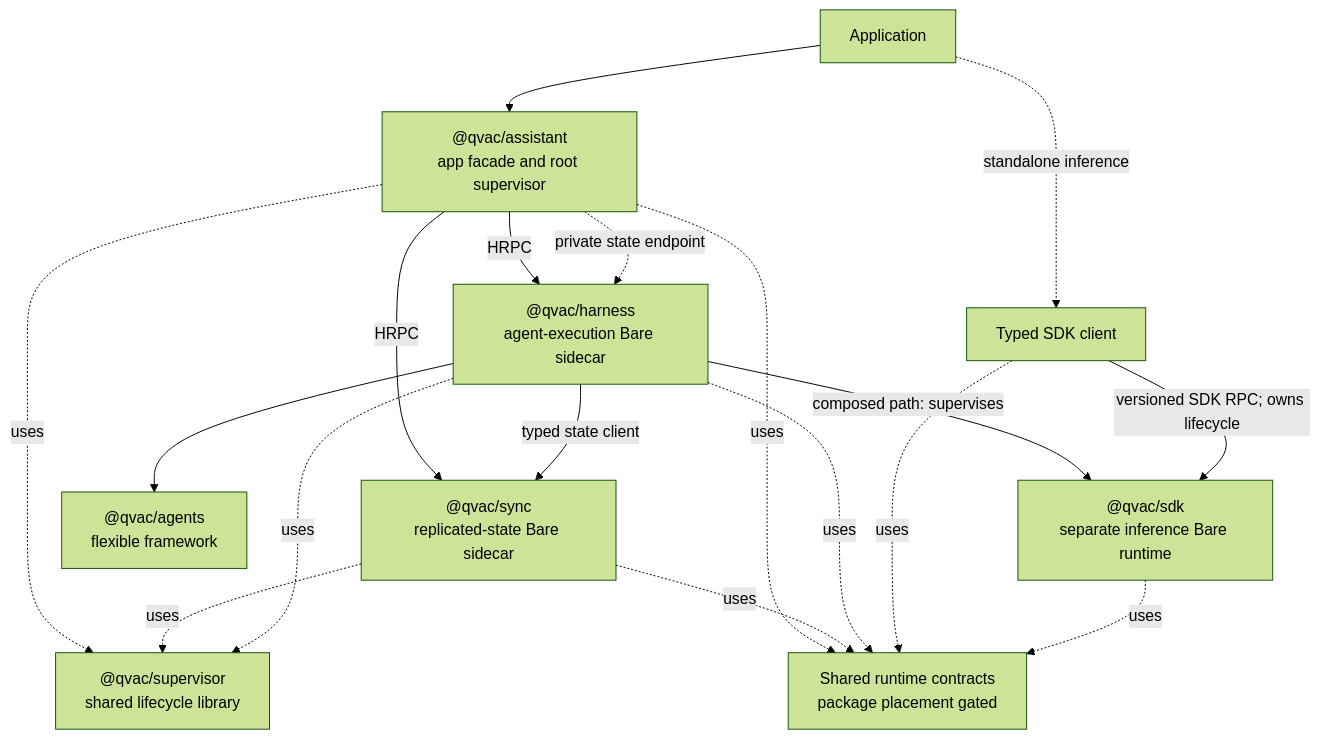
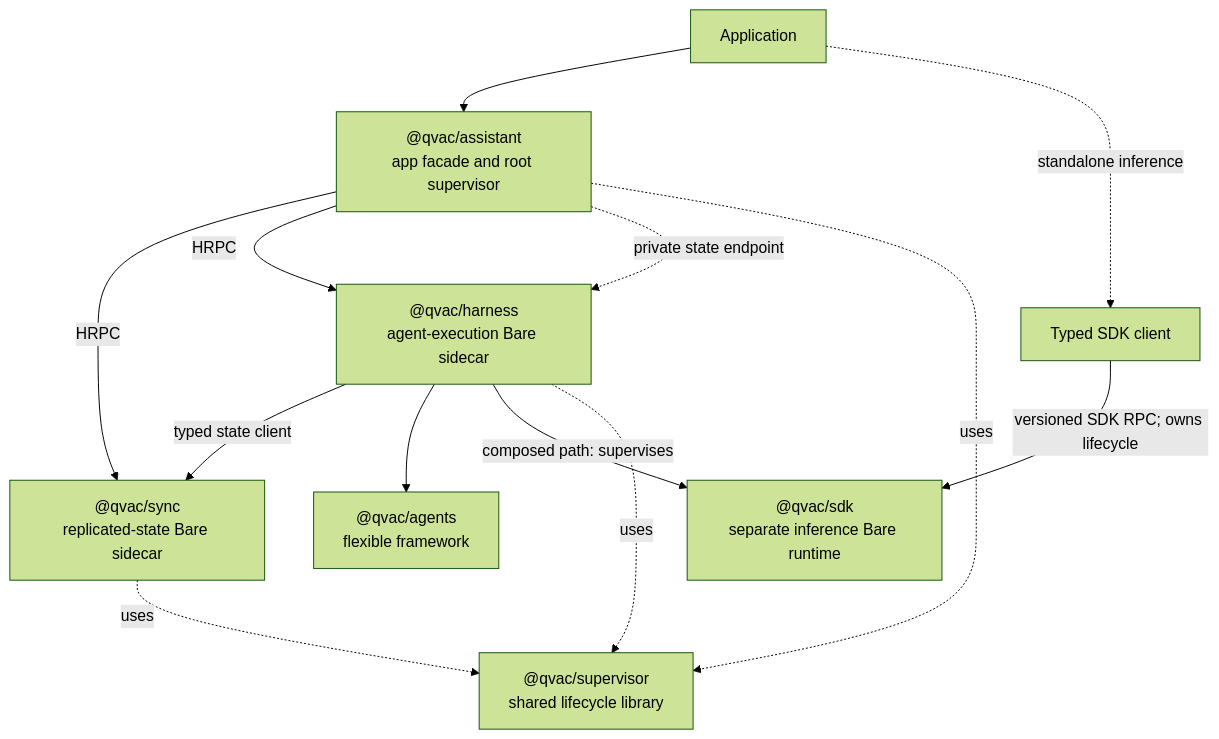
Before and after one commit to tetherto/qvac: the diagram in arch/qips/agentic-sdk-p2p-layering-short.md, drawn with Mermaid (forest theme). The commit also changed other lines of this file and 44 other files, not shown here.

Commit message:
refactor: localize composable runtime contracts

````diff
--- a/arch/qips/agentic-sdk-p2p-layering-short.md
+++ b/arch/qips/agentic-sdk-p2p-layering-short.md
@@ -25,30 +25,24 @@
 ```mermaid
 flowchart TB
   app["Application"]
   assistant["@qvac/assistant<br/>app facade and root supervisor"]
   syncSidecar["@qvac/sync<br/>replicated-state Bare sidecar"]
   harnessSidecar["@qvac/harness<br/>agent-execution Bare sidecar"]
   agents["@qvac/agents<br/>flexible framework"]
   sdkClient["Typed SDK client"]
   sdkRuntime["@qvac/sdk<br/>separate inference Bare runtime"]
   supervisor["@qvac/supervisor<br/>shared lifecycle library"]
-  contracts["Shared runtime contracts<br/>package placement gated"]
 
   app --> assistant
   assistant -->|"HRPC"| syncSidecar
   assistant -->|"HRPC"| harnessSidecar
   assistant -.->|"private state endpoint"| harnessSidecar
   harnessSidecar -->|"typed state client"| syncSidecar
   harnessSidecar --> agents
   harnessSidecar -->|"composed path: supervises"| sdkRuntime
   app -.->|"standalone inference"| sdkClient
   sdkClient -->|"versioned SDK RPC; owns lifecycle"| sdkRuntime
   assistant -.->|"uses"| supervisor
   syncSidecar -.->|"uses"| supervisor
   harnessSidecar -.->|"uses"| supervisor
-  assistant -.->|"uses"| contracts
-  syncSidecar -.->|"uses"| contracts
-  harnessSidecar -.->|"uses"| contracts
-  sdkClient -.->|"uses"| contracts
-  sdkRuntime -.->|"uses"| contracts
 ```
````
